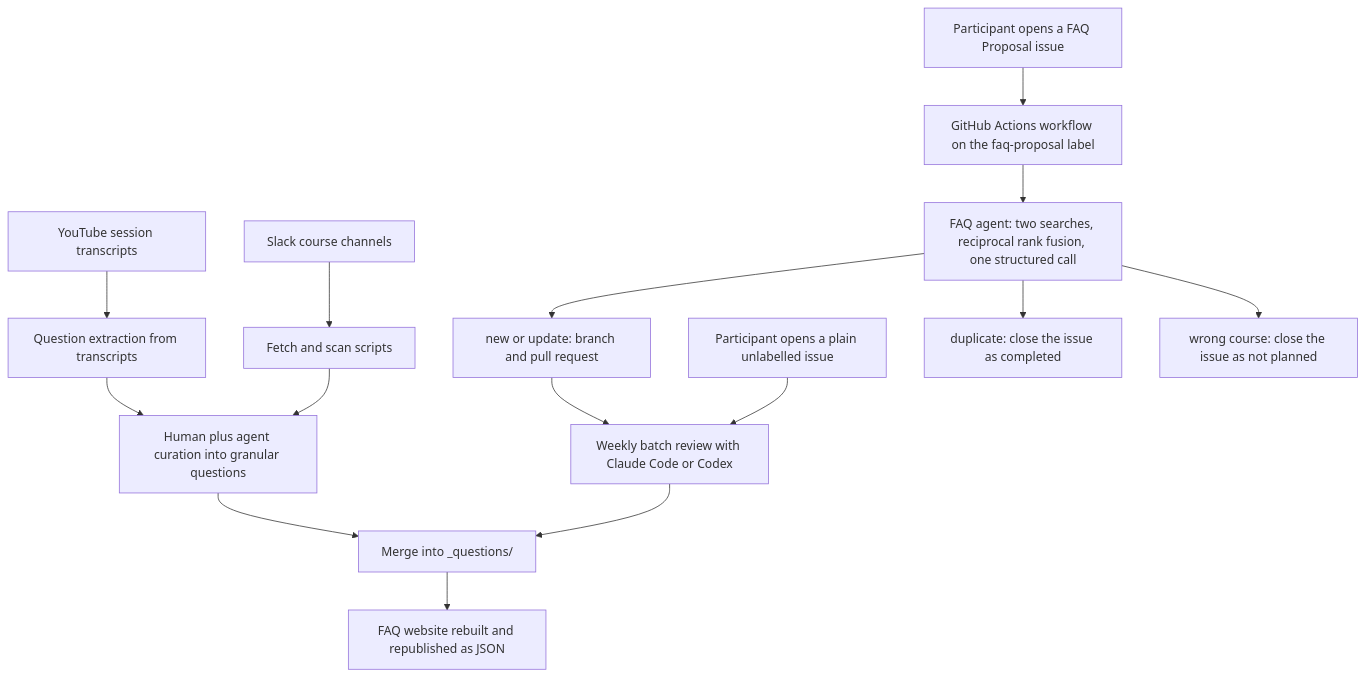
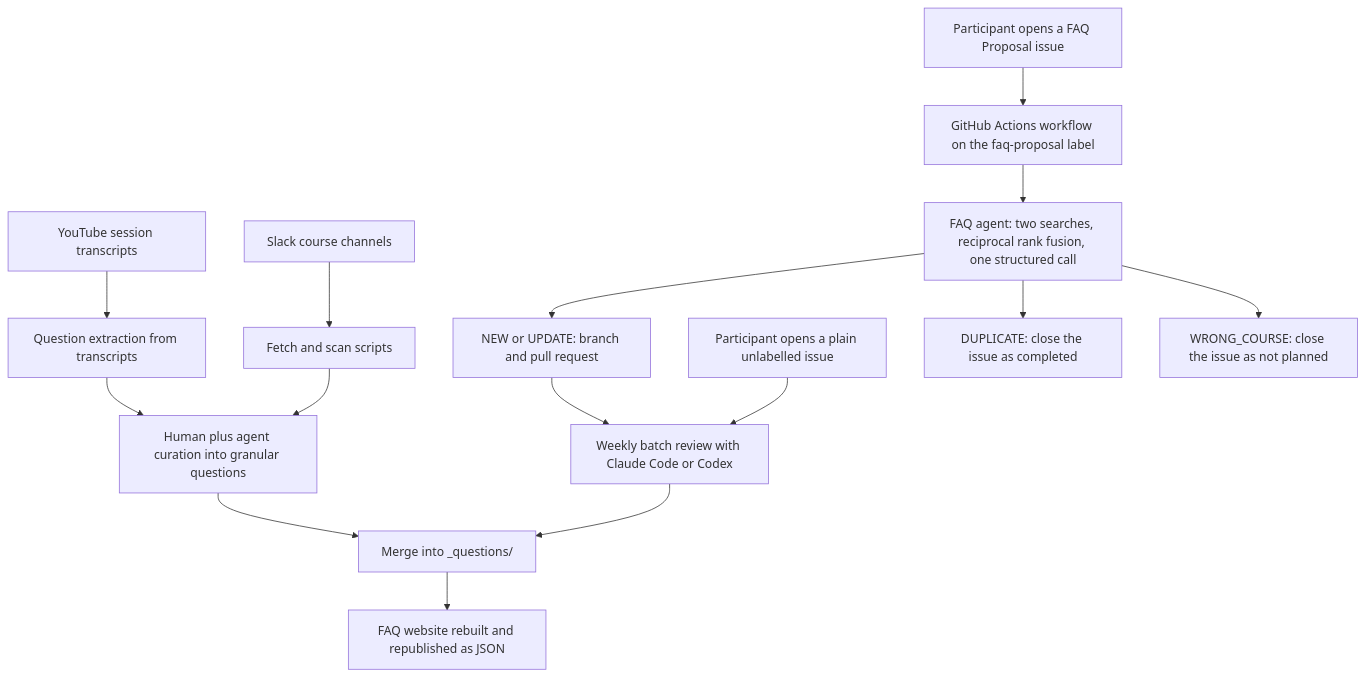
Before and after one commit to alexeygrigorev/telegram-writing-assistant: the first of 3 diagrams in articles/faq-assistant-on-automator.md, drawn with Mermaid. The commit also changed other lines of this file, not shown here.

````diff
--- a/articles/faq-assistant-on-automator.md
+++ b/articles/faq-assistant-on-automator.md
@@ -163,20 +165,20 @@
 ```mermaid
 flowchart TD
     P1[Participant opens a FAQ Proposal issue] --> WF[GitHub Actions workflow on the faq-proposal label]
     P2[Participant opens a plain unlabelled issue] --> BATCH
     SL[Slack course channels] --> FETCH[Fetch and scan scripts]
     YT[YouTube session transcripts] --> EXTRACT[Question extraction from transcripts]
 
     WF --> AGENT[FAQ agent: two searches, reciprocal rank fusion, one structured call]
-    AGENT --> NEW[new or update: branch and pull request]
-    AGENT --> DUP[duplicate: close the issue as completed]
-    AGENT --> WRONG[wrong course: close the issue as not planned]
+    AGENT --> NEW[NEW or UPDATE: branch and pull request]
+    AGENT --> DUP[DUPLICATE: close the issue as completed]
+    AGENT --> WRONG[WRONG_COURSE: close the issue as not planned]
 
     NEW --> BATCH[Weekly batch review with Claude Code or Codex]
     FETCH --> CURATE[Human plus agent curation into granular questions]
     EXTRACT --> CURATE
 
     BATCH --> MERGE[Merge into _questions/]
     CURATE --> MERGE
     MERGE --> SITE[FAQ website rebuilt and republished as JSON]
 ```
````
